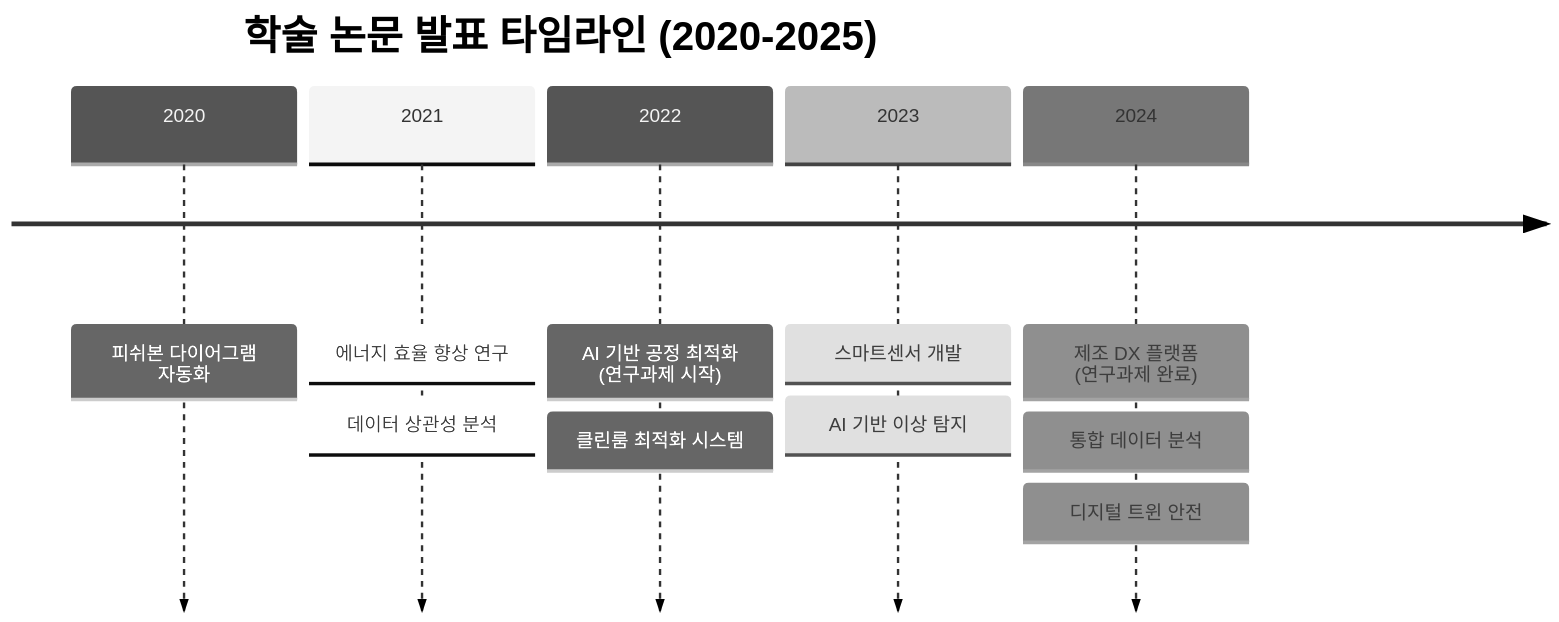
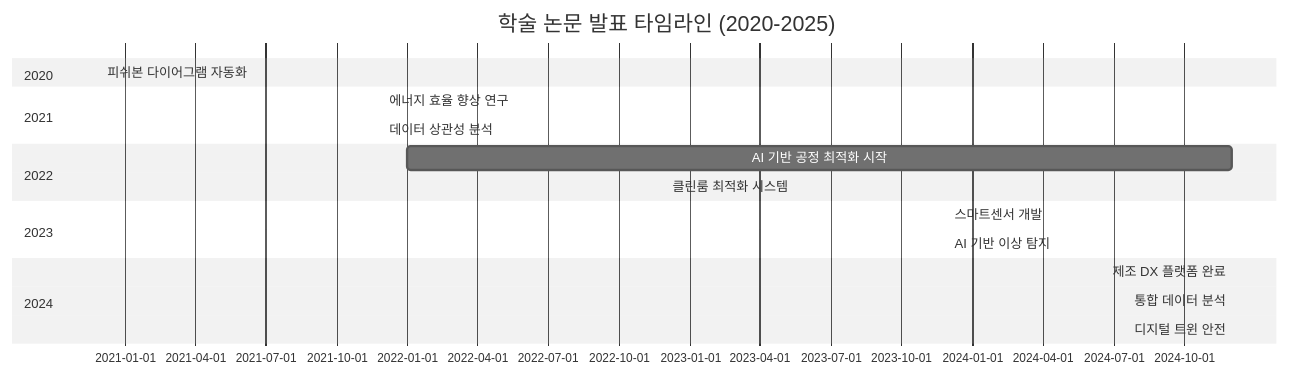
The third of 6 diagrams in portfolio/portfolio_docs/Executive_Summary/01_Key_Achievements.md (moobaek/Testing_AI_agents_for_public_use), drawn with Mermaid (neutral theme) before and after one commit. The commit also changed other lines of this file and 16 other files, not shown here.

First line of the commit message:
포트폴리오 문서 업데이트: GS 인증 정보 수정, Mermaid 다이어그램 옵시디언 호환성 개선, 개인 프로필 추가

````diff
--- a/portfolio/portfolio_docs/Executive_Summary/01_Key_Achievements.md
+++ b/portfolio/portfolio_docs/Executive_Summary/01_Key_Achievements.md
@@ -169,14 +190,20 @@
 ```mermaid
-timeline
+gantt
     title 학술 논문 발표 타임라인 (2020-2025)
-    2020 : 피쉬본 다이어그램 자동화
-    2021 : 에너지 효율 향상 연구
-         : 데이터 상관성 분석
-    2022 : AI 기반 공정 최적화 (연구과제 시작)
-         : 클린룸 최적화 시스템
-    2023 : 스마트센서 개발
-         : AI 기반 이상 탐지
-    2024 : 제조 DX 플랫폼 (연구과제 완료)
-         : 통합 데이터 분석
-         : 디지털 트윈 안전
+    dateFormat YYYY-MM
+    section 2020
+    피쉬본 다이어그램 자동화 :2020-12, 2020-12
+    section 2021
+    에너지 효율 향상 연구 :2021-12, 2021-12
+    데이터 상관성 분석 :2021-12, 2021-12
+    section 2022
+    AI 기반 공정 최적화 시작 :2022-01, 2024-12
+    클린룸 최적화 시스템 :2022-12, 2022-12
+    section 2023
+    스마트센서 개발 :2023-12, 2023-12
+    AI 기반 이상 탐지 :2023-12, 2023-12
+    section 2024
+    제조 DX 플랫폼 완료 :2024-12, 2024-12
+    통합 데이터 분석 :2024-12, 2024-12
+    디지털 트윈 안전 :2024-12, 2024-12
 ```
````
